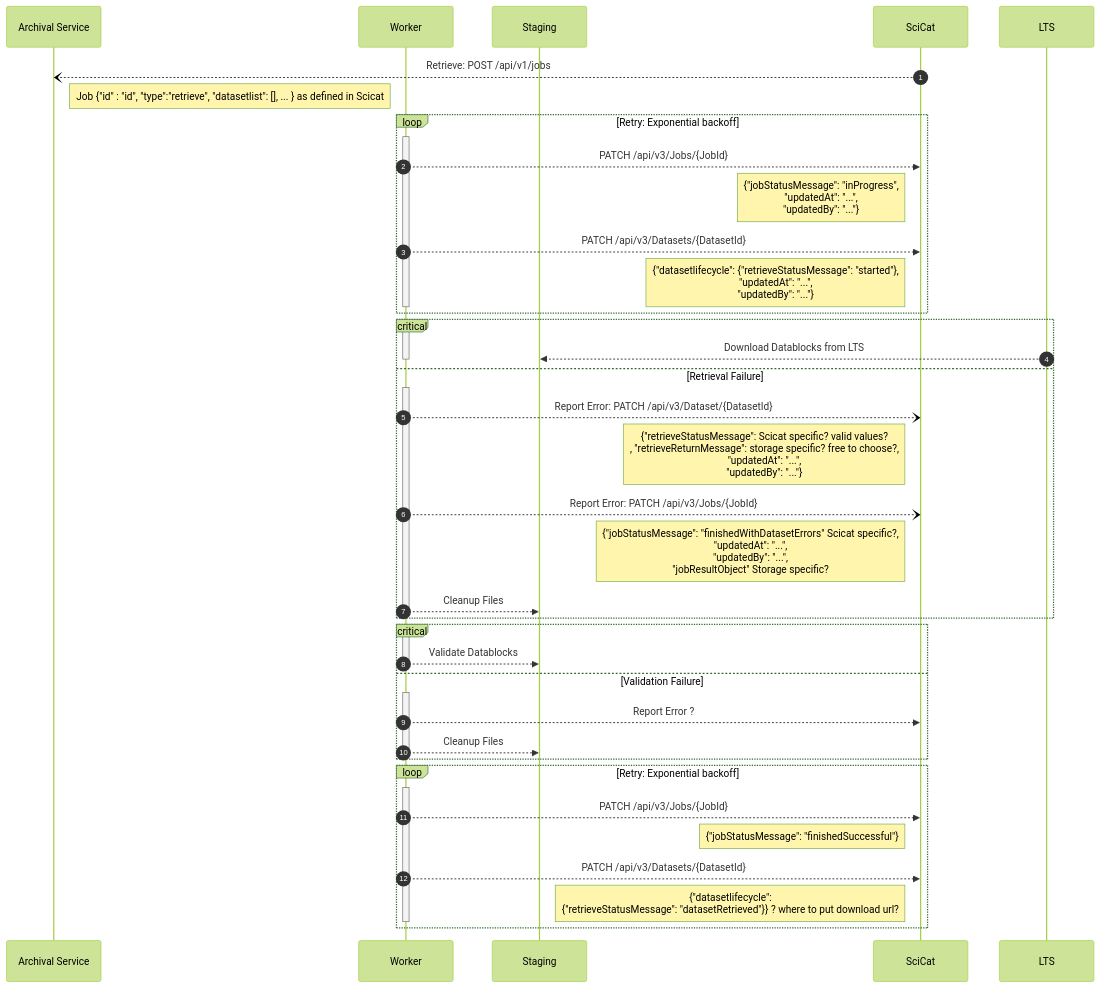
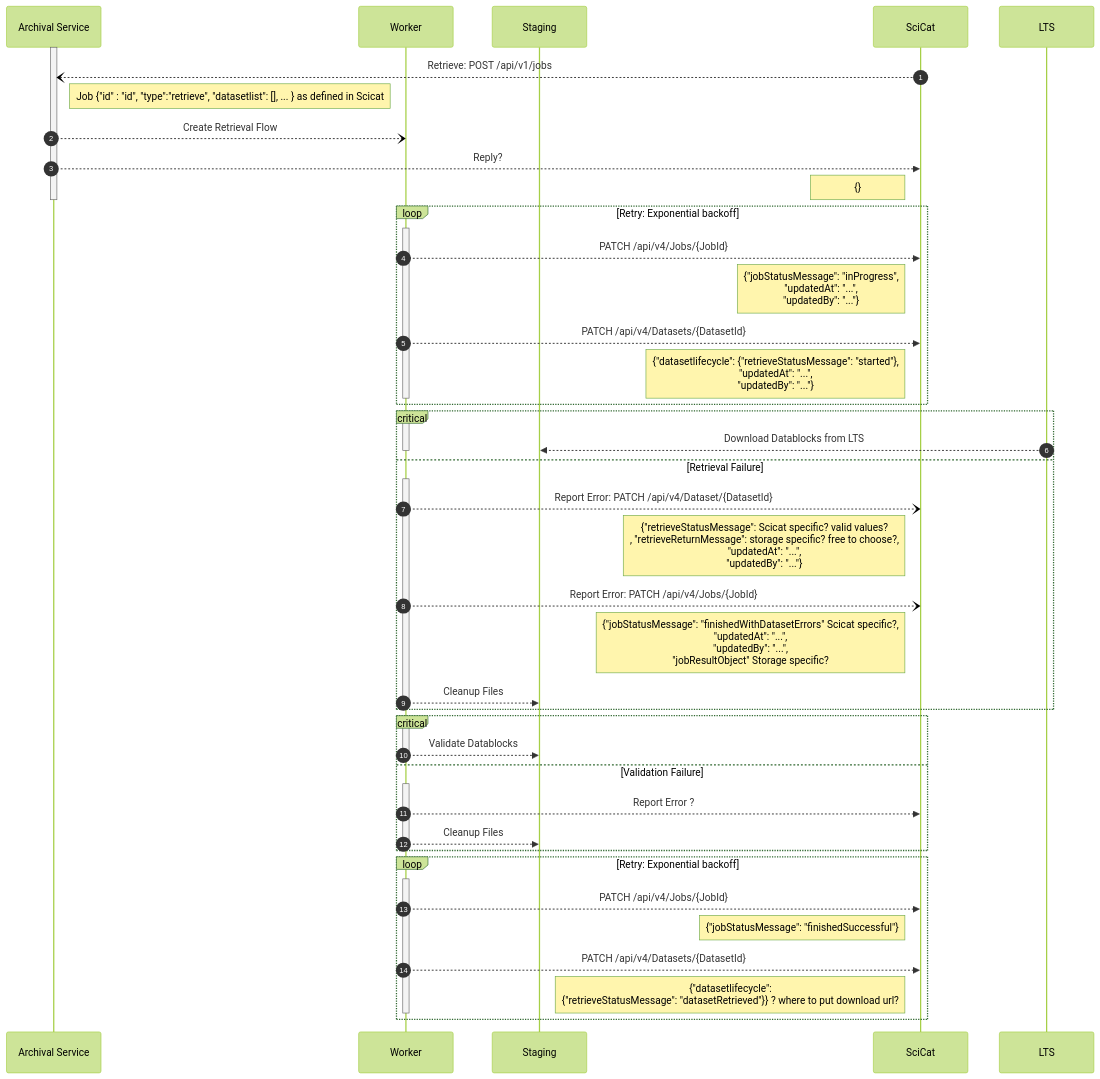
Before and after one commit to SwissOpenEM/ScopeMArchiver: the third of 3 diagrams in backend/archiver/readMe.md, drawn with Mermaid (forest theme). The commit also changed other lines of this file, not shown here.

Commit message:
Update job sequence diagrams

````diff
--- a/backend/archiver/readMe.md
+++ b/backend/archiver/readMe.md
@@ -133,53 +143,59 @@
 ```mermaid
 sequenceDiagram
   autonumber
   participant AS as Archival Service
   participant J as Worker
   participant R as Staging
   participant S as SciCat
   participant LTS as LTS
 
+  activate AS
   S --) AS: Retrieve: POST /api/v1/jobs
   Note right of AS: Job {"id" : "id", "type":"retrieve", "datasetlist": [], ... } as defined in Scicat
-  
+
+  AS --) J: Create Retrieval Flow
+
+  AS -->> S: Reply?
+  Note left of S: {}
+  deactivate AS 
   loop Retry: Exponential backoff
     activate J
-      J -->> S: PATCH /api/v3/Jobs/{JobId}
+      J -->> S: PATCH /api/v4/Jobs/{JobId}
       Note left of S: {"jobStatusMessage": "inProgress",<br> "updatedAt": "...", <br> "updatedBy": "..."}  
-      J -->> S: PATCH /api/v3/Datasets/{DatasetId}
+      J -->> S: PATCH /api/v4/Datasets/{DatasetId}
       Note left of S: {"datasetlifecycle": {"retrieveStatusMessage": "started"},<br> "updatedAt": "...", <br> "updatedBy": "..."}  
     deactivate J
   end
   critical
     activate J
       LTS -->> R: Download Datablocks from LTS
     deactivate J
   option Retrieval Failure
     activate J
-      J --) S: Report Error: PATCH /api/v3/Dataset/{DatasetId}
+      J --) S: Report Error: PATCH /api/v4/Dataset/{DatasetId}
           Note left of S: {"retrieveStatusMessage": Scicat specific? valid values?<br>, "retrieveReturnMessage": storage specific? free to choose?, <br> "updatedAt": "...", <br> "updatedBy": "..."}
-      J --) S: Report Error: PATCH /api/v3/Jobs/{JobId}
+      J --) S: Report Error: PATCH /api/v4/Jobs/{JobId}
          Note left of S: {"jobStatusMessage": "finishedWithDatasetErrors" Scicat specific?,<br>  "updatedAt": "...",<br>  "updatedBy": "...", <br> "jobResultObject" Storage specific?
       J -->> R: Cleanup Files
     deactivate J
   end
   critical
     activate J
     J -->> R: Validate Datablocks
     deactivate J
   option Validation Failure
     activate J
       J -->> S: Report Error ?
       J -->> R: Cleanup Files
     deactivate J
   end
   loop Retry: Exponential backoff
     activate J
-      J -->> S: PATCH /api/v3/Jobs/{JobId}
+      J -->> S: PATCH /api/v4/Jobs/{JobId}
       Note left of S: {"jobStatusMessage": "finishedSuccessful"} 
-      J -->> S: PATCH /api/v3/Datasets/{DatasetId}
+      J -->> S: PATCH /api/v4/Datasets/{DatasetId}
       Note left of S: {"datasetlifecycle":<br> {"retrieveStatusMessage": "datasetRetrieved"}} ? where to put download url? 
     deactivate J
   end 
 
 ```
````
